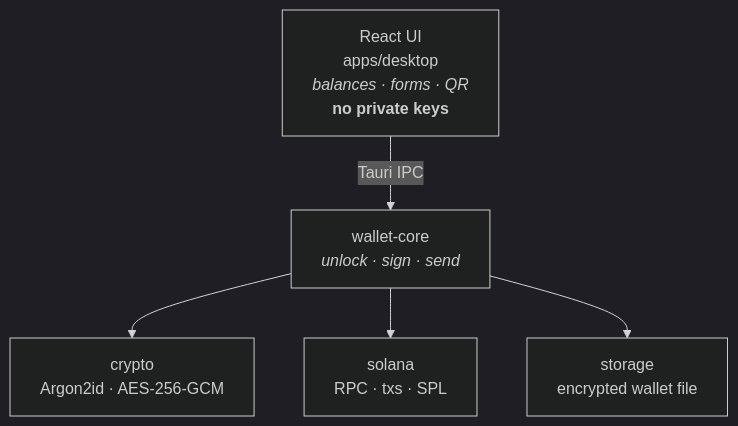
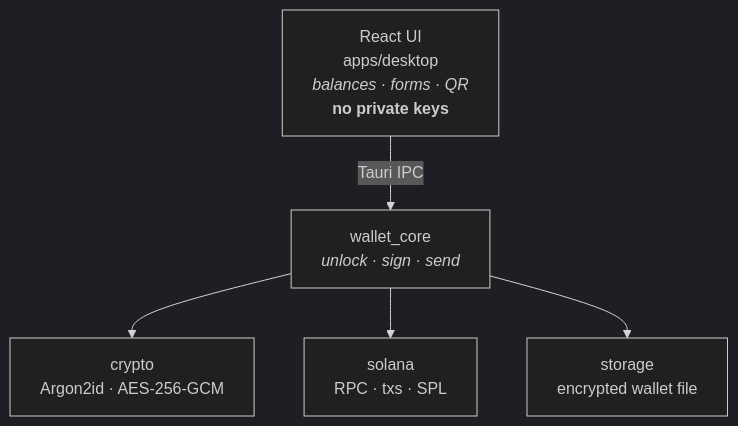
One commit to antonpiat/taurvia changed the first of 2 diagrams in README.md. Above: the diagram before and after it, drawn with Mermaid (dark theme). The commit also changed other lines of this file and 13 other files, not shown here.

````diff
--- a/README.md
+++ b/README.md
@@ -47,13 +47,13 @@
 ```mermaid
 flowchart TB
   UI["React UI<br/>apps/desktop<br/><i>balances · forms · QR</i><br/><b>no private keys</b>"]
-  WC["wallet-core<br/><i>unlock · sign · send</i>"]
+  WC["wallet_core<br/><i>unlock · sign · send</i>"]
   CRYPTO["crypto<br/>Argon2id · AES-256-GCM"]
   SOL["solana<br/>RPC · txs · SPL"]
   STORE["storage<br/>encrypted wallet file"]
 
   UI -->|Tauri IPC| WC
   WC --> CRYPTO
   WC --> SOL
   WC --> STORE
 ```
````
